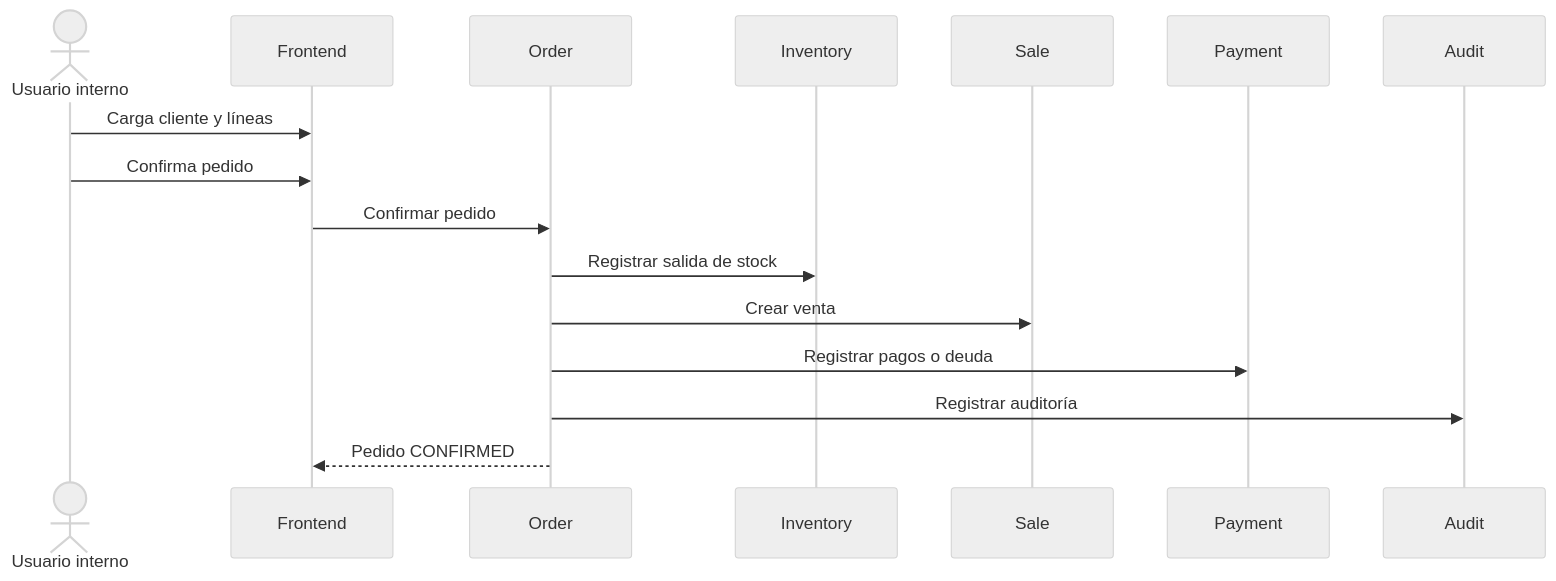
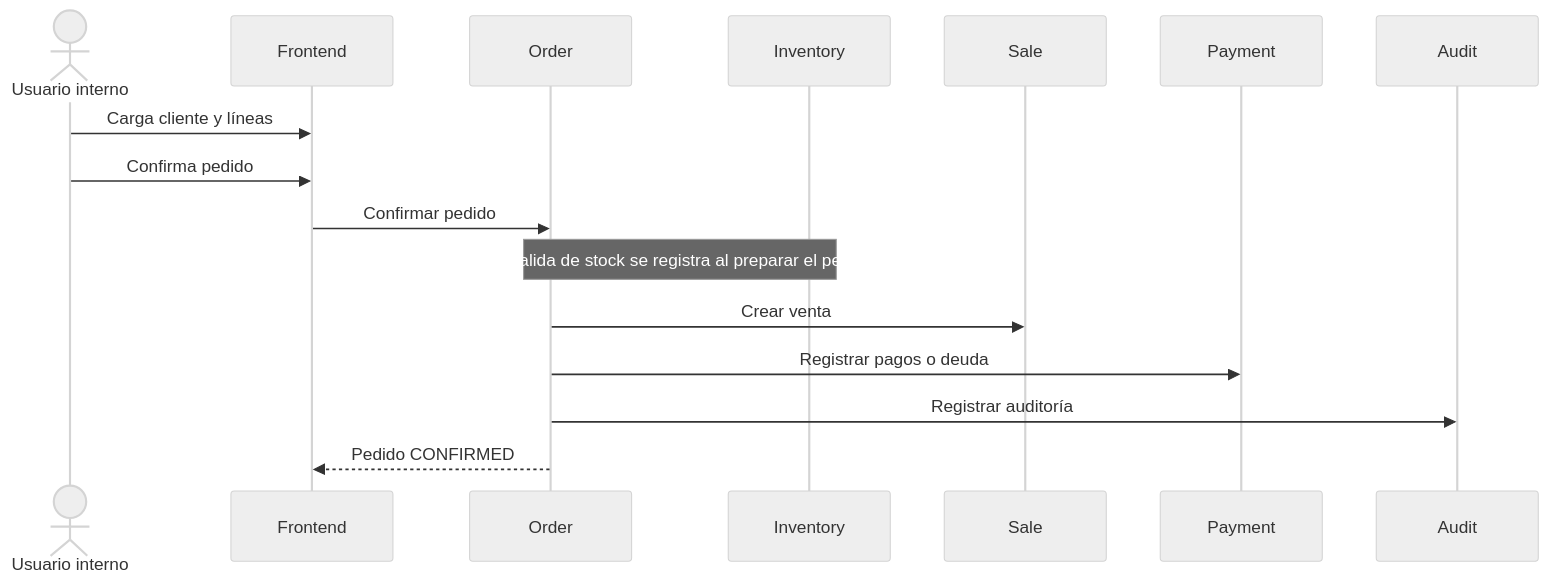
One commit to Martinrc93/distribuidoraCore changed the second of 2 diagrams in docs/architecture/overview.md. Above: the diagram before and after it, drawn with Mermaid (neutral theme). The commit also changed other lines of this file and 29 other files, not shown here.

Commit message:
docs: synchronize architecture, guides and remediation roadmap

````diff
--- a/docs/architecture/overview.md
+++ b/docs/architecture/overview.md
@@ -62,19 +62,19 @@
 ```mermaid
 sequenceDiagram
     actor U as Usuario interno
     participant F as Frontend
     participant O as Order
     participant I as Inventory
     participant S as Sale
     participant P as Payment
     participant A as Audit
 
     U->>F: Carga cliente y líneas
     U->>F: Confirma pedido
     F->>O: Confirmar pedido
-    O->>I: Registrar salida de stock
+    Note over O,I: La salida de stock se registra al preparar el pedido
     O->>S: Crear venta
     O->>P: Registrar pagos o deuda
     O->>A: Registrar auditoría
     O-->>F: Pedido CONFIRMED
 ```
````
